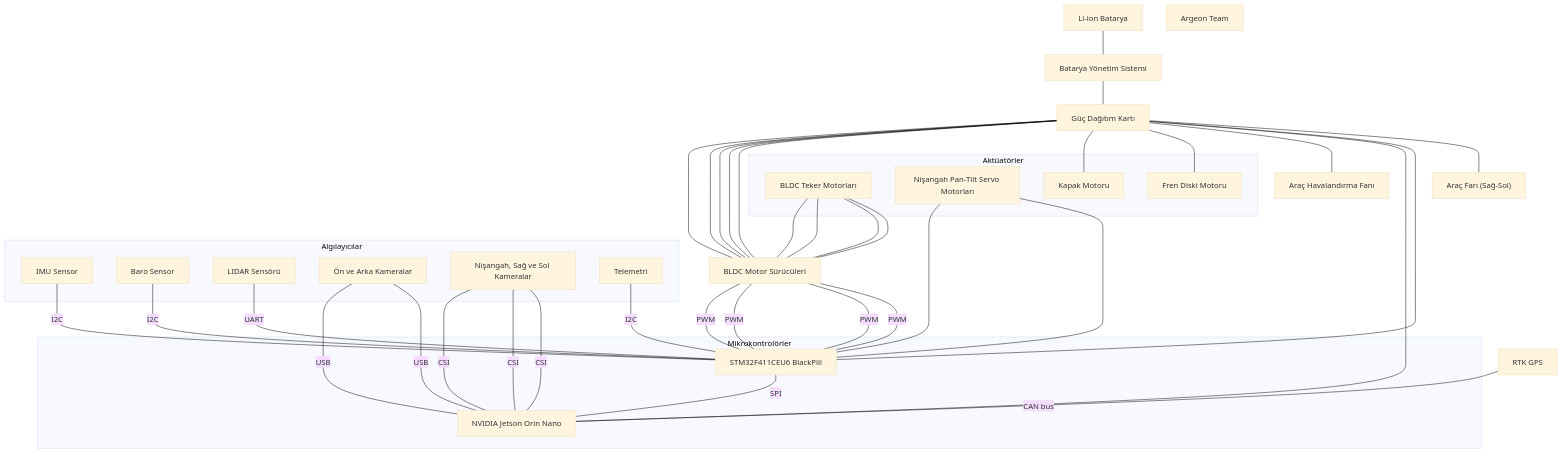
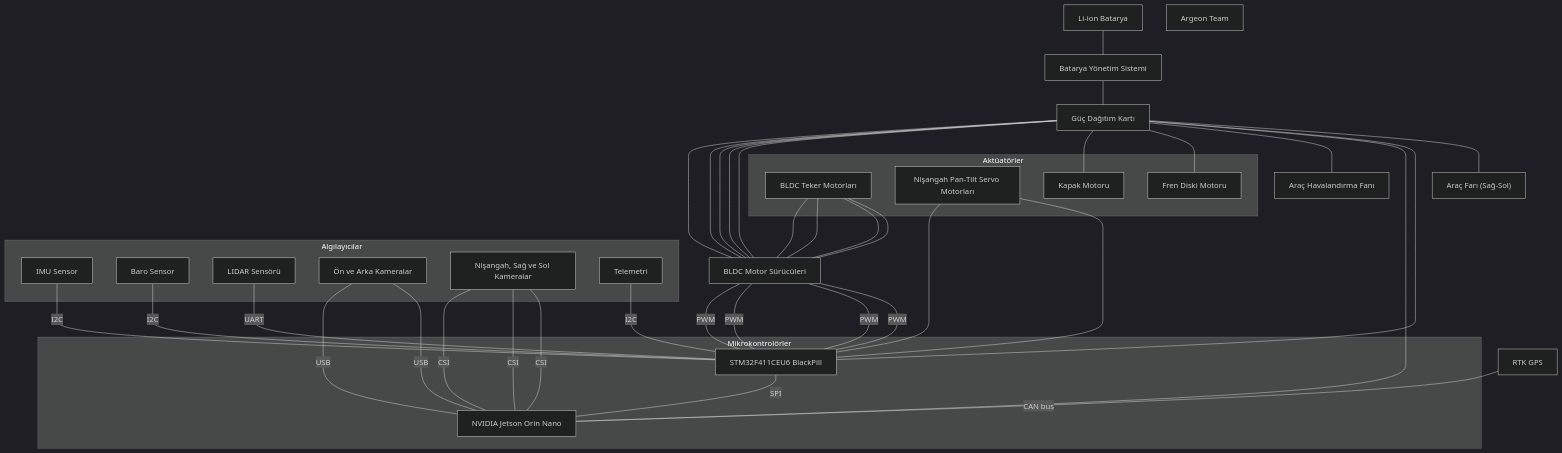
One commit to ahmetsalihbalandi/autopilot changed the diagram in autopilot_diagram.md. Above: the diagram before and after it, drawn with Mermaid.

````diff
--- a/autopilot_diagram.md
+++ b/autopilot_diagram.md
@@ -1,48 +1,48 @@
 ```mermaid
 ---
 config:
-  theme: base
+  theme: dark
   themeVariables:
     background: "#ffffff"
 ---
 flowchart TD
  subgraph s1["Mikrokontrolörler"]
         Jetson_Nano["NVIDIA Jetson Orin Nano"]
         STM["STM32F411CEU6 BlackPill"]
   end
  subgraph s2["Algılayıcılar"]
         IMU["IMU Sensor"]
         Baro["Baro Sensor"]
         LIDAR["LIDAR Sensörü"]
         Camera1["Ön ve Arka Kameralar"]
 	Camera2["Nişangah, Sağ ve Sol Kameralar"]
         Telemetry["Telemetri"]
   end
  subgraph s3["Aktüatörler"]
         Motors["BLDC Teker Motorları"]
         sMotors["Nişangah Pan-Tilt Servo Motorları"]
 	fMotor["Fren Diski Motoru"]
 	kMotor["Kapak Motoru"]
   end
     Motors --- Drivers["BLDC Motor Sürücüleri"] & Drivers & Drivers & Drivers
     Battery["Li-ion Batarya"] --- BMS["Batarya Yönetim Sistemi"]
     BMS["Batarya Yönetim Sistemi"] --- Distributor["Güç Dağıtım Kartı"]
     Distributor & Distributor & Distributor & Distributor & Distributor --- Drivers
     Distributor --- kMotor & fMotor
     Distributor --- Havalandırma["Araç Havalandırma Fanı"]
     Drivers -- PWM --- STM & STM & STM & STM
     LIDAR -- UART --- STM
     IMU -- I2C --- STM
     Baro -- I2C --- STM
     Telemetry -- I2C --- STM
     GPS["RTK GPS"] -- CAN bus --- Jetson_Nano
     Camera1 & Camera1 -- USB --- Jetson_Nano
     Camera2 & Camera2 & Camera2 -- CSI --- Jetson_Nano
     STM -- SPI --- Jetson_Nano
     Distributor --- Jetson_Nano
     Distributor --- STM
     Distributor --- Far["Araç Farı (Sağ-Sol)"]
     sMotors --- STM & STM
 classDef footer fill:none,stroke:none,color:#000, font-style:italic;
 footer["Argeon Team"]
 ```
````
